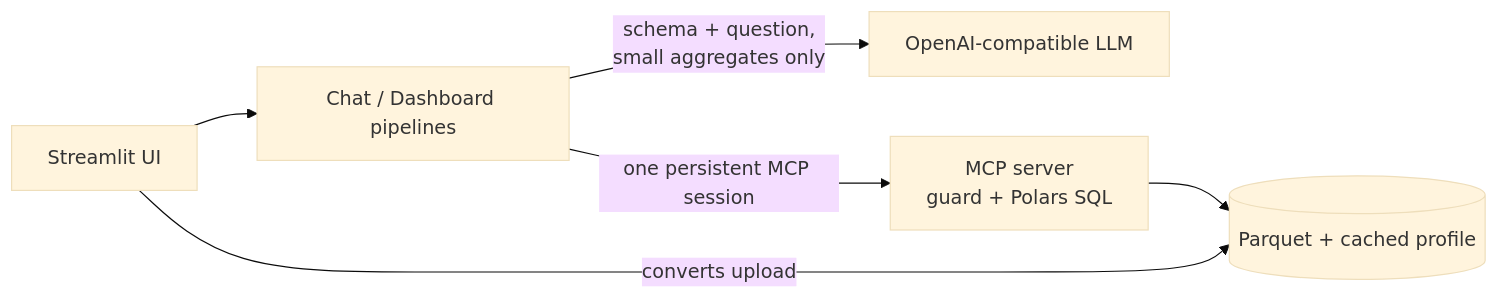
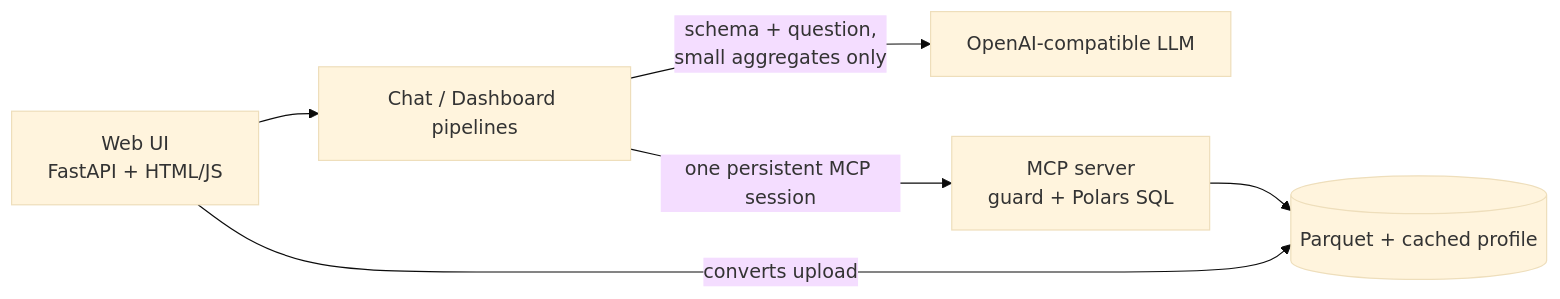
The diagram in README.md (arunak1998/mcp-csv-intelligence), drawn with Mermaid (base theme) before and after one commit. The commit also changed other lines of this file and 7 other files, not shown here.

First line of the commit message:
Replace Streamlit with the web app and add the csv-intelligence-web command

````diff
--- a/README.md
+++ b/README.md
@@ -18,8 +18,8 @@
 ```mermaid
 flowchart LR
-    UI[Streamlit UI] --> A[Chat / Dashboard pipelines]
+    UI[Web UI<br/>FastAPI + HTML/JS] --> A[Chat / Dashboard pipelines]
     A -->|schema + question,<br/>small aggregates only| LLM[OpenAI-compatible LLM]
     A -->|one persistent MCP session| S[MCP server<br/>guard + Polars SQL]
     S --> PQ[(Parquet + cached profile)]
     UI -->|converts upload| PQ
 ```
````
